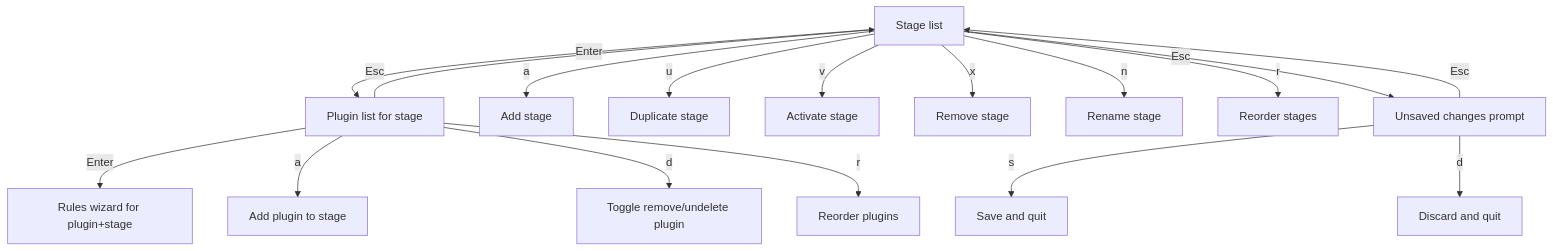
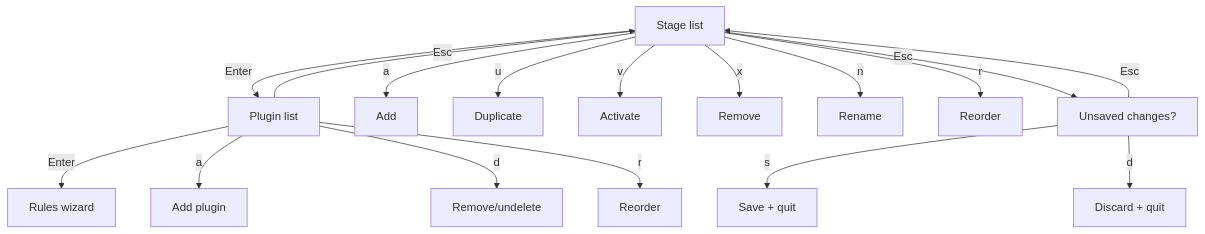
One commit to josephquigley/piqley-cli changed the second of 3 diagrams in docs/architecture/cli-commands.md. Above: the diagram before and after it, drawn with Mermaid. The commit also changed other lines of this file and 4 other files, not shown here.

First line of the commit message:
fix: shorten mermaid diagram labels to prevent clipping

````diff
--- a/docs/architecture/cli-commands.md
+++ b/docs/architecture/cli-commands.md
@@ -174,19 +174,19 @@
 ```mermaid
 flowchart TD
-    A["Stage list"] -->|Enter| B["Plugin list for stage"]
-    A -->|a| A1["Add stage"]
-    A -->|u| A2["Duplicate stage"]
-    A -->|v| A3["Activate stage"]
-    A -->|x| A4["Remove stage"]
-    A -->|n| A5["Rename stage"]
-    A -->|r| A6["Reorder stages"]
-    B -->|Enter| C["Rules wizard for plugin+stage"]
-    B -->|a| B1["Add plugin to stage"]
-    B -->|d| B2["Toggle remove/undelete plugin"]
-    B -->|r| B3["Reorder plugins"]
+    A["Stage list"] -->|Enter| B["Plugin list"]
+    A -->|a| A1["Add"]
+    A -->|u| A2["Duplicate"]
+    A -->|v| A3["Activate"]
+    A -->|x| A4["Remove"]
+    A -->|n| A5["Rename"]
+    A -->|r| A6["Reorder"]
+    B -->|Enter| C["Rules wizard"]
+    B -->|a| B1["Add plugin"]
+    B -->|d| B2["Remove/undelete"]
+    B -->|r| B3["Reorder"]
     B -->|Esc| A
-    A -->|Esc| D["Unsaved changes prompt"]
-    D -->|s| E["Save and quit"]
-    D -->|d| F["Discard and quit"]
+    A -->|Esc| D["Unsaved changes?"]
+    D -->|s| E["Save + quit"]
+    D -->|d| F["Discard + quit"]
     D -->|Esc| A
 ```
````
